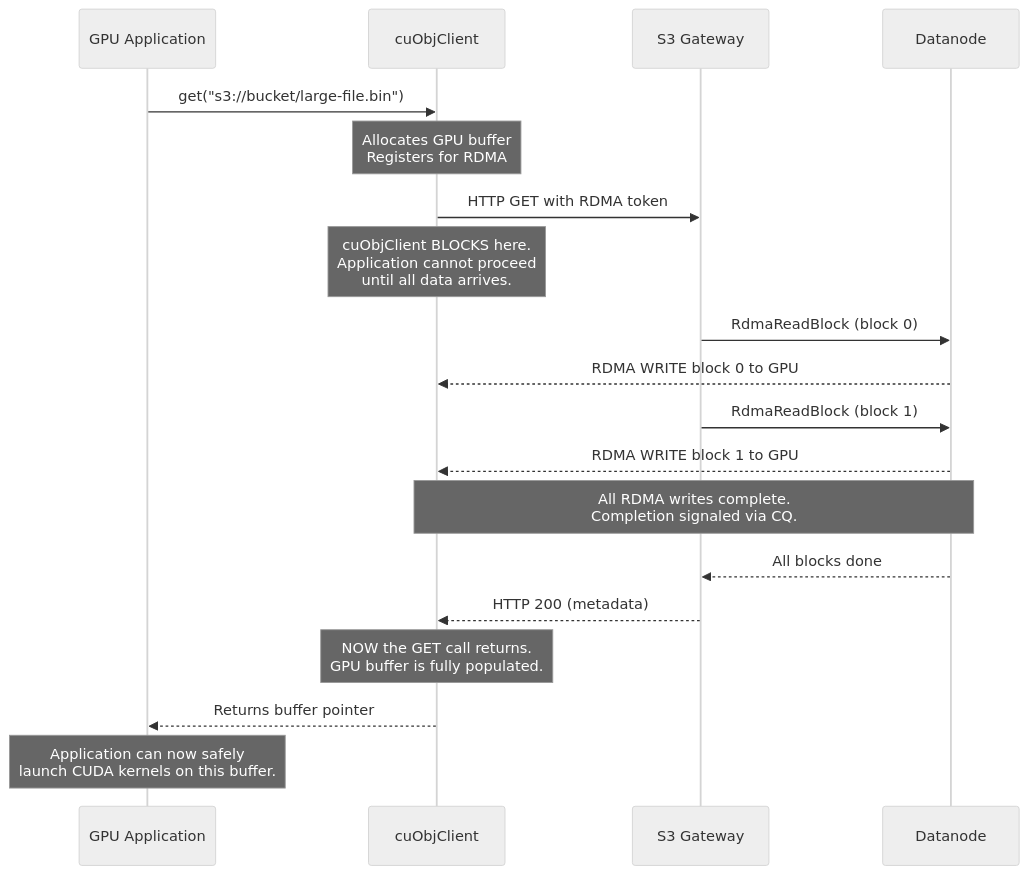
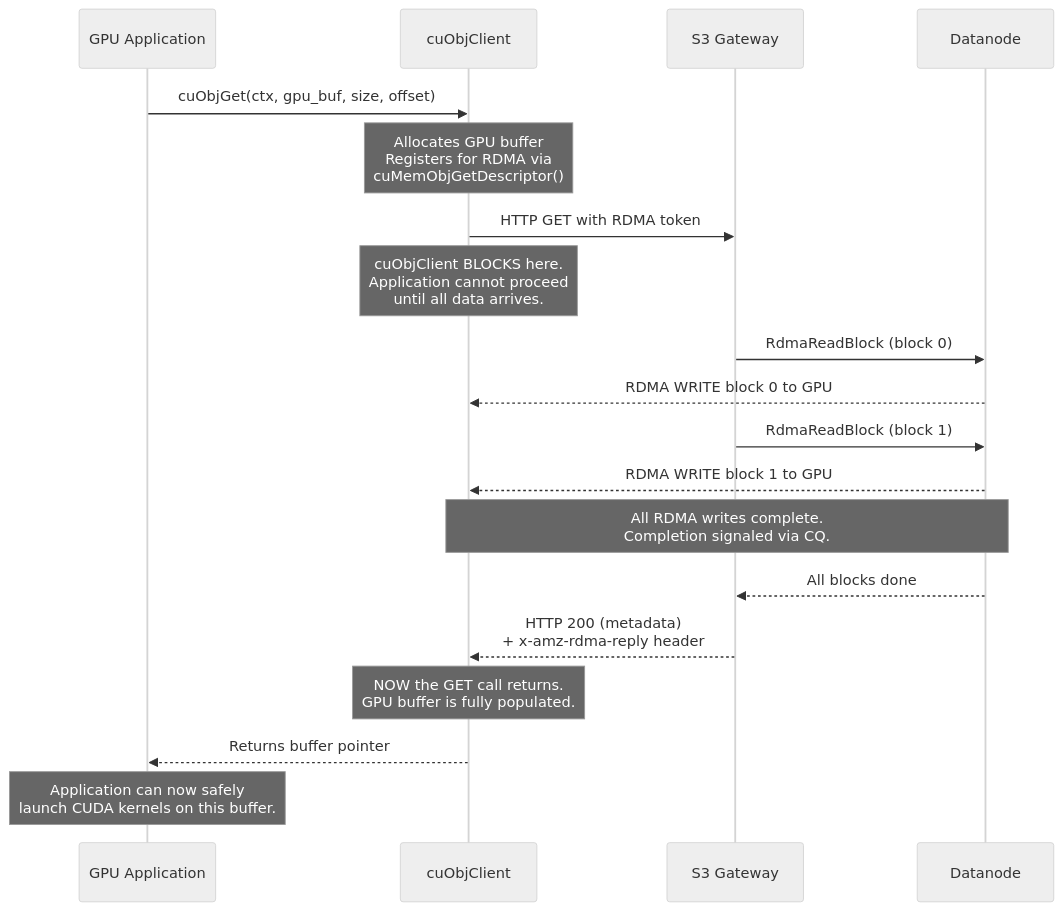
Before and after one commit to ptlrs/ozone: the ninth of 18 diagrams in docs/gds-dn-direct-rdma-implementation-spec.md, drawn with Mermaid (neutral theme). The commit also changed other lines of this file, not shown here.

Commit message:
GPUDirect. Update GPUDirect Storage spec to version 2.0 with enhanced RDMA path details. This removed all hallucinated APIs

````diff
--- a/docs/gds-dn-direct-rdma-implementation-spec.md
+++ b/docs/gds-dn-direct-rdma-implementation-spec.md
@@ -420,21 +478,21 @@
 ```mermaid
 sequenceDiagram
   participant App as GPU Application
   participant cuObj as cuObjClient
   participant GW as S3 Gateway
   participant DN as Datanode
-  App ->> cuObj: get("s3://bucket/large-file.bin")
-  Note over cuObj: Allocates GPU buffer<br/>Registers for RDMA
+  App ->> cuObj: cuObjGet(ctx, gpu_buf, size, offset)
+  Note over cuObj: Allocates GPU buffer<br/>Registers for RDMA via<br/>cuMemObjGetDescriptor()
   cuObj ->> GW: HTTP GET with RDMA token
   Note over cuObj: cuObjClient BLOCKS here.<br/>Application cannot proceed<br/>until all data arrives.
   GW ->> DN: RdmaReadBlock (block 0)
   DN -->> cuObj: RDMA WRITE block 0 to GPU
   GW ->> DN: RdmaReadBlock (block 1)
   DN -->> cuObj: RDMA WRITE block 1 to GPU
   Note over DN, cuObj: All RDMA writes complete.<br/>Completion signaled via CQ.
   DN -->> GW: All blocks done
-  GW -->> cuObj: HTTP 200 (metadata)
+  GW -->> cuObj: HTTP 200 (metadata)<br/>+ x-amz-rdma-reply header
   Note over cuObj: NOW the GET call returns.<br/>GPU buffer is fully populated.
   cuObj -->> App: Returns buffer pointer
   Note over App: Application can now safely<br/>launch CUDA kernels on this buffer.
 ```
````
